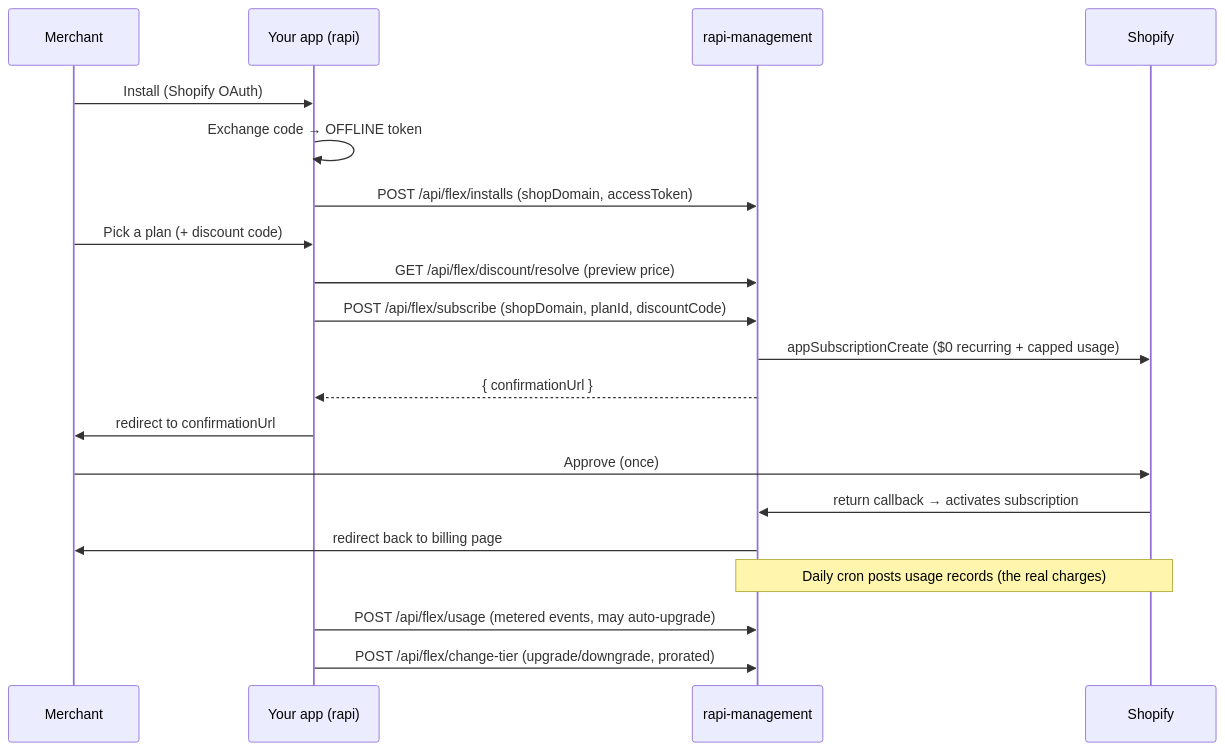
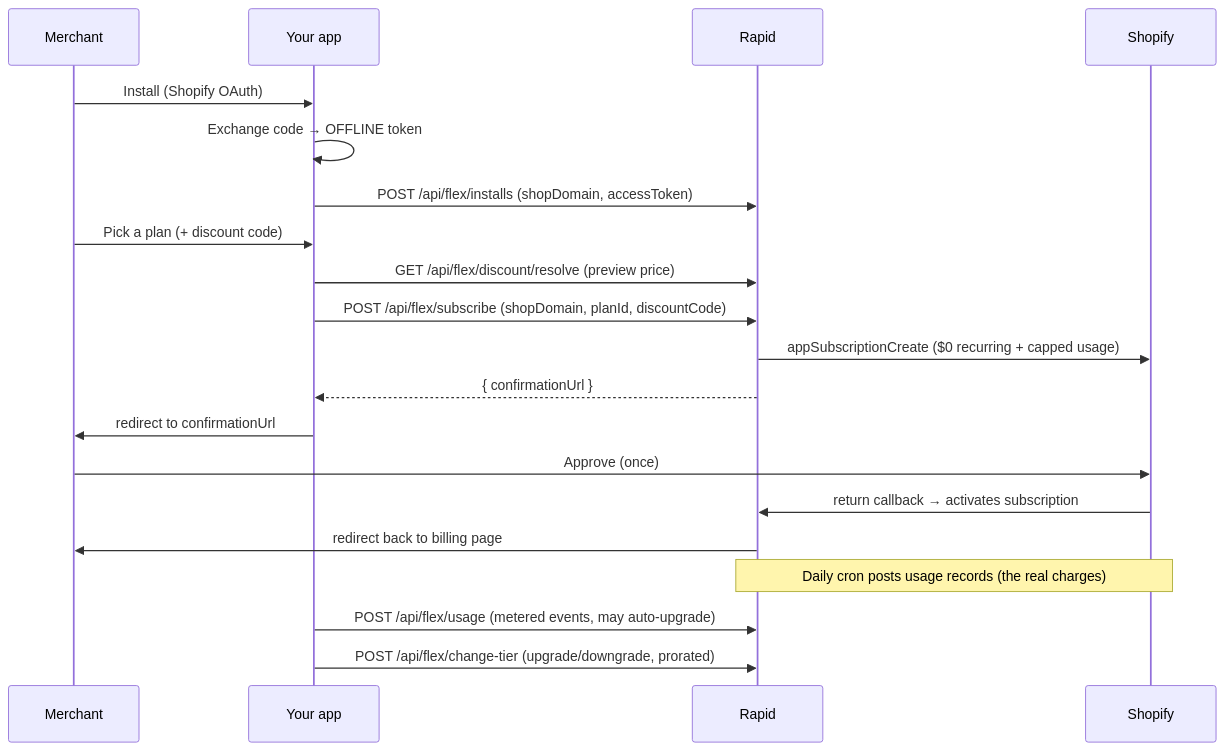
One commit to The-Rapid-Apps/Rapid-CRM changed the diagram in docs/INTEGRATION.md. Above: the diagram before and after it, drawn with Mermaid. The commit also changed other lines of this file and 81 other files, not shown here.

````diff
--- a/docs/INTEGRATION.md
+++ b/docs/INTEGRATION.md
@@ -72,23 +72,23 @@
 ```mermaid
 sequenceDiagram
     participant M as Merchant
-    participant App as Your app (rapi)
-    participant P as rapi-management
+    participant App as Your app
+    participant P as Rapid
     participant S as Shopify
 
     M->>App: Install (Shopify OAuth)
     App->>App: Exchange code → OFFLINE token
     App->>P: POST /api/flex/installs (shopDomain, accessToken)
     M->>App: Pick a plan (+ discount code)
     App->>P: GET /api/flex/discount/resolve (preview price)
     App->>P: POST /api/flex/subscribe (shopDomain, planId, discountCode)
     P->>S: appSubscriptionCreate ($0 recurring + capped usage)
     P-->>App: { confirmationUrl }
     App->>M: redirect to confirmationUrl
     M->>S: Approve (once)
     S->>P: return callback → activates subscription
     P->>M: redirect back to billing page
     Note over P,S: Daily cron posts usage records (the real charges)
     App->>P: POST /api/flex/usage (metered events, may auto-upgrade)
     App->>P: POST /api/flex/change-tier (upgrade/downgrade, prorated)
 ```
````
